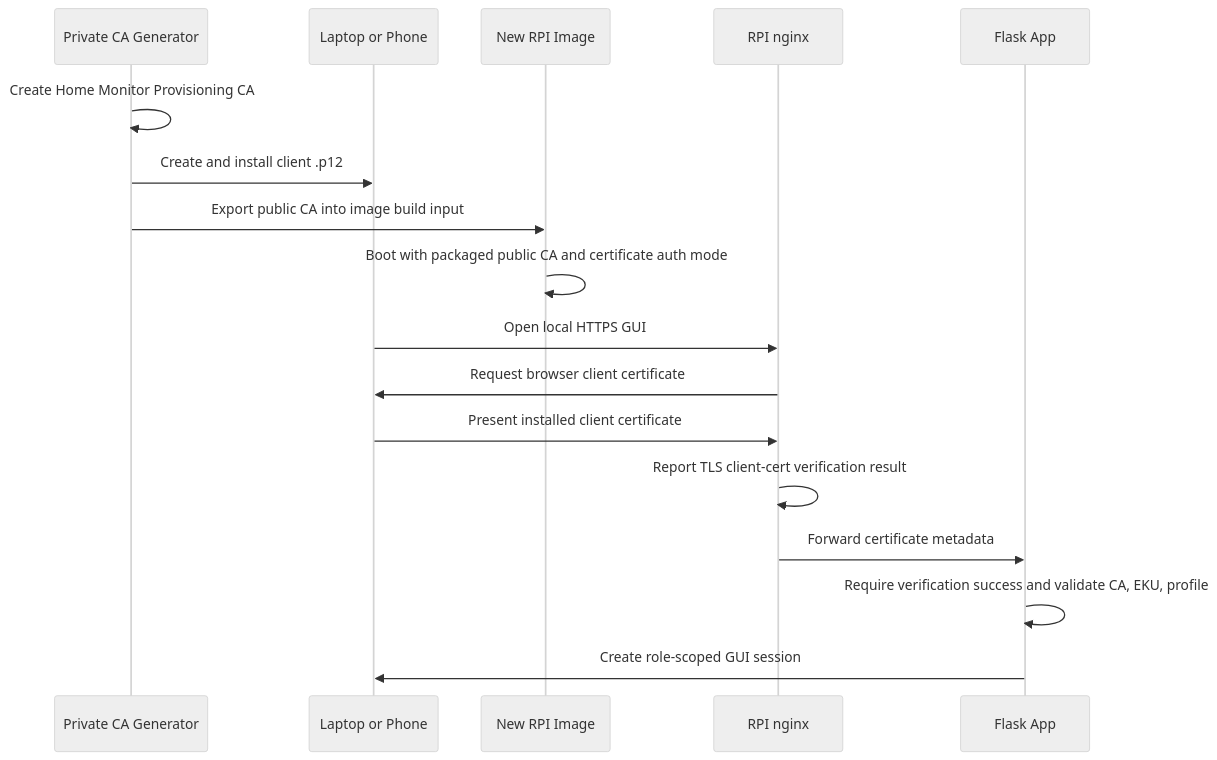
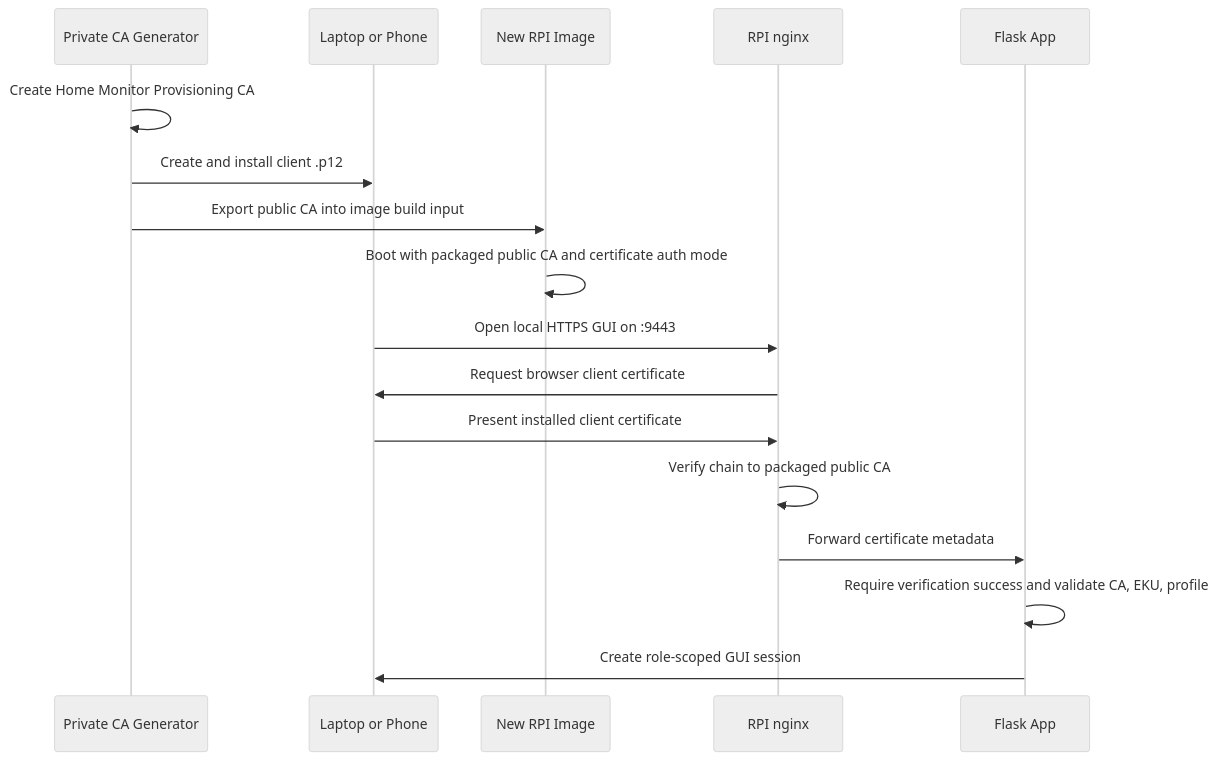
Before and after one commit to vinu-dev/rpi-home-monitor: the diagram in docs/exec-plans/local-ca-client-certificate-auth.md, drawn with Mermaid (neutral theme). The commit also changed other lines of this file and 4 other files, not shown here.

````diff
--- a/docs/exec-plans/local-ca-client-certificate-auth.md
+++ b/docs/exec-plans/local-ca-client-certificate-auth.md
@@ -163,20 +166,20 @@
 ```mermaid
 sequenceDiagram
     participant CA as Private CA Generator
     participant Device as Laptop or Phone
     participant RPI as New RPI Image
     participant Nginx as RPI nginx
     participant App as Flask App
 
     CA->>CA: Create Home Monitor Provisioning CA
     CA->>Device: Create and install client .p12
     CA->>RPI: Export public CA into image build input
     RPI->>RPI: Boot with packaged public CA and certificate auth mode
-    Device->>Nginx: Open local HTTPS GUI
+    Device->>Nginx: Open local HTTPS GUI on :9443
     Nginx->>Device: Request browser client certificate
     Device->>Nginx: Present installed client certificate
-    Nginx->>Nginx: Report TLS client-cert verification result
+    Nginx->>Nginx: Verify chain to packaged public CA
     Nginx->>App: Forward certificate metadata
     App->>App: Require verification success and validate CA, EKU, profile
     App->>Device: Create role-scoped GUI session
 ```
````
